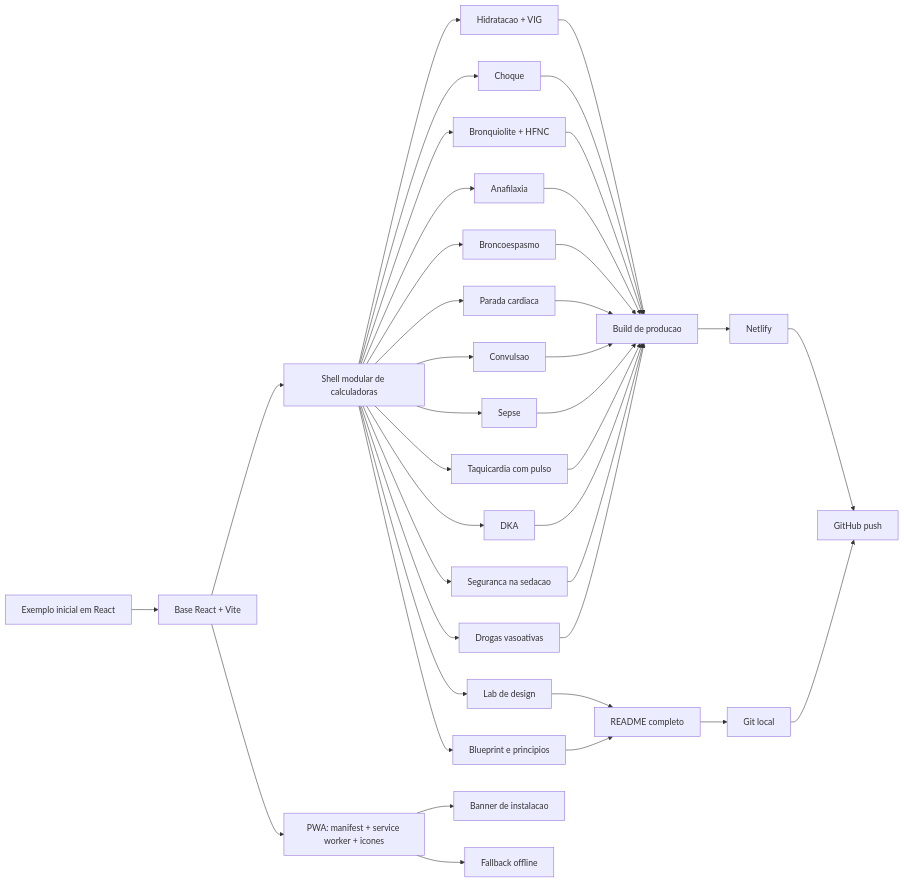
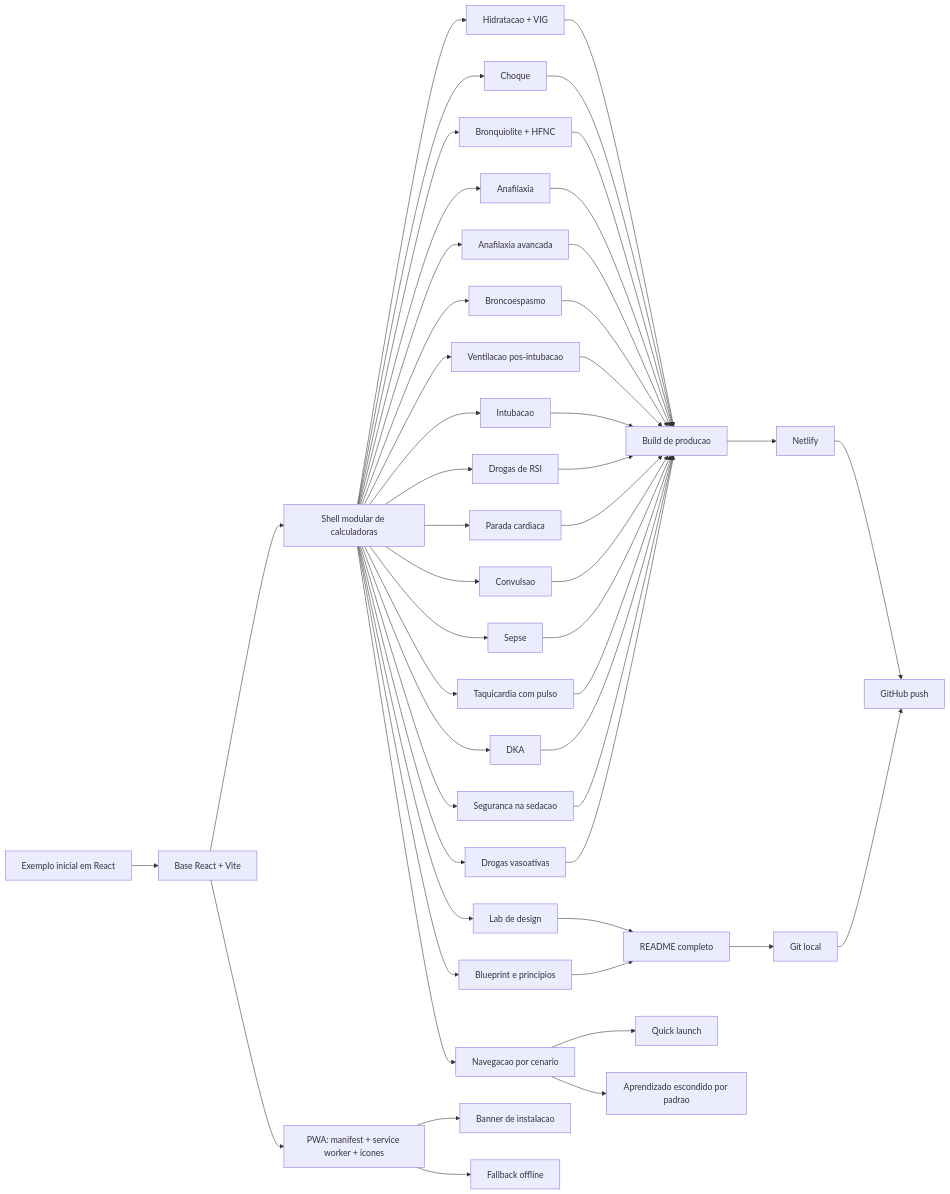
One commit to diogene5/gemini_codex_calculadoras changed the diagram in README.md. Above: the diagram before and after it, drawn with Mermaid. The commit also changed other lines of this file and 7 other files, not shown here.

````diff
--- a/README.md
+++ b/README.md
@@ -168,40 +218,51 @@
 ```mermaid
 flowchart LR
   A["Exemplo inicial em React"] --> B["Base React + Vite"]
   B --> C["Shell modular de calculadoras"]
   C --> D["Hidratacao + VIG"]
   C --> E["Choque"]
   C --> F["Bronquiolite + HFNC"]
   C --> G["Anafilaxia"]
-  C --> H["Broncoespasmo"]
-  C --> I["Parada cardiaca"]
-  C --> J["Convulsao"]
-  C --> K["Sepse"]
-  C --> L["Taquicardia com pulso"]
-  C --> M["DKA"]
-  C --> N["Seguranca na sedacao"]
-  C --> O["Drogas vasoativas"]
-  C --> P["Lab de design"]
-  C --> Q["Blueprint e principios"]
-  B --> R["PWA: manifest + service worker + icones"]
-  R --> S["Banner de instalacao"]
-  R --> T["Fallback offline"]
-  D --> U["Build de producao"]
-  E --> U
-  F --> U
-  G --> U
-  H --> U
-  I --> U
-  J --> U
-  K --> U
-  L --> U
-  M --> U
-  N --> U
-  O --> U
-  P --> V["README completo"]
-  Q --> V
-  U --> W["Netlify"]
-  V --> X["Git local"]
-  W --> Y["GitHub push"]
-  X --> Y
+  C --> H["Anafilaxia avancada"]
+  C --> I["Broncoespasmo"]
+  C --> J["Ventilacao pos-intubacao"]
+  C --> K["Intubacao"]
+  C --> L["Drogas de RSI"]
+  C --> M["Parada cardiaca"]
+  C --> N["Convulsao"]
+  C --> O["Sepse"]
+  C --> P["Taquicardia com pulso"]
+  C --> Q["DKA"]
+  C --> R["Seguranca na sedacao"]
+  C --> S["Drogas vasoativas"]
+  C --> T["Lab de design"]
+  C --> U["Blueprint e principios"]
+  B --> V["PWA: manifest + service worker + icones"]
+  V --> W["Banner de instalacao"]
+  V --> X["Fallback offline"]
+  C --> Y["Navegacao por cenario"]
+  Y --> Z["Quick launch"]
+  Y --> AA["Aprendizado escondido por padrao"]
+  D --> AB["Build de producao"]
+  E --> AB
+  F --> AB
+  G --> AB
+  H --> AB
+  I --> AB
+  J --> AB
+  K --> AB
+  L --> AB
+  M --> AB
+  N --> AB
+  O --> AB
+  P --> AB
+  Q --> AB
+  R --> AB
+  S --> AB
+  T --> AC["README completo"]
+  U --> AC
+  AB --> AD["Netlify"]
+  AC --> AE["Git local"]
+  AD --> AF["GitHub push"]
+  AE --> AF
 ```
````
